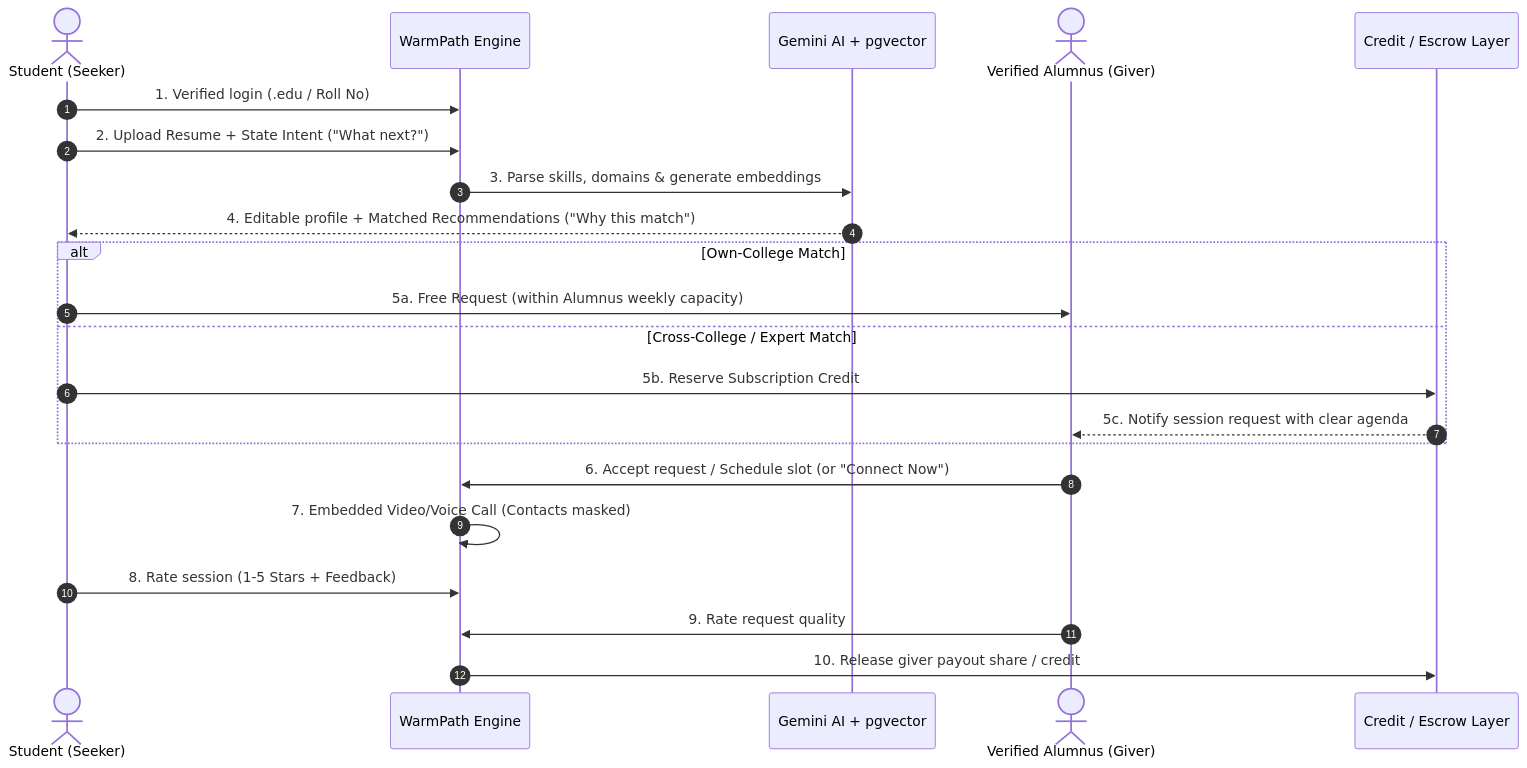
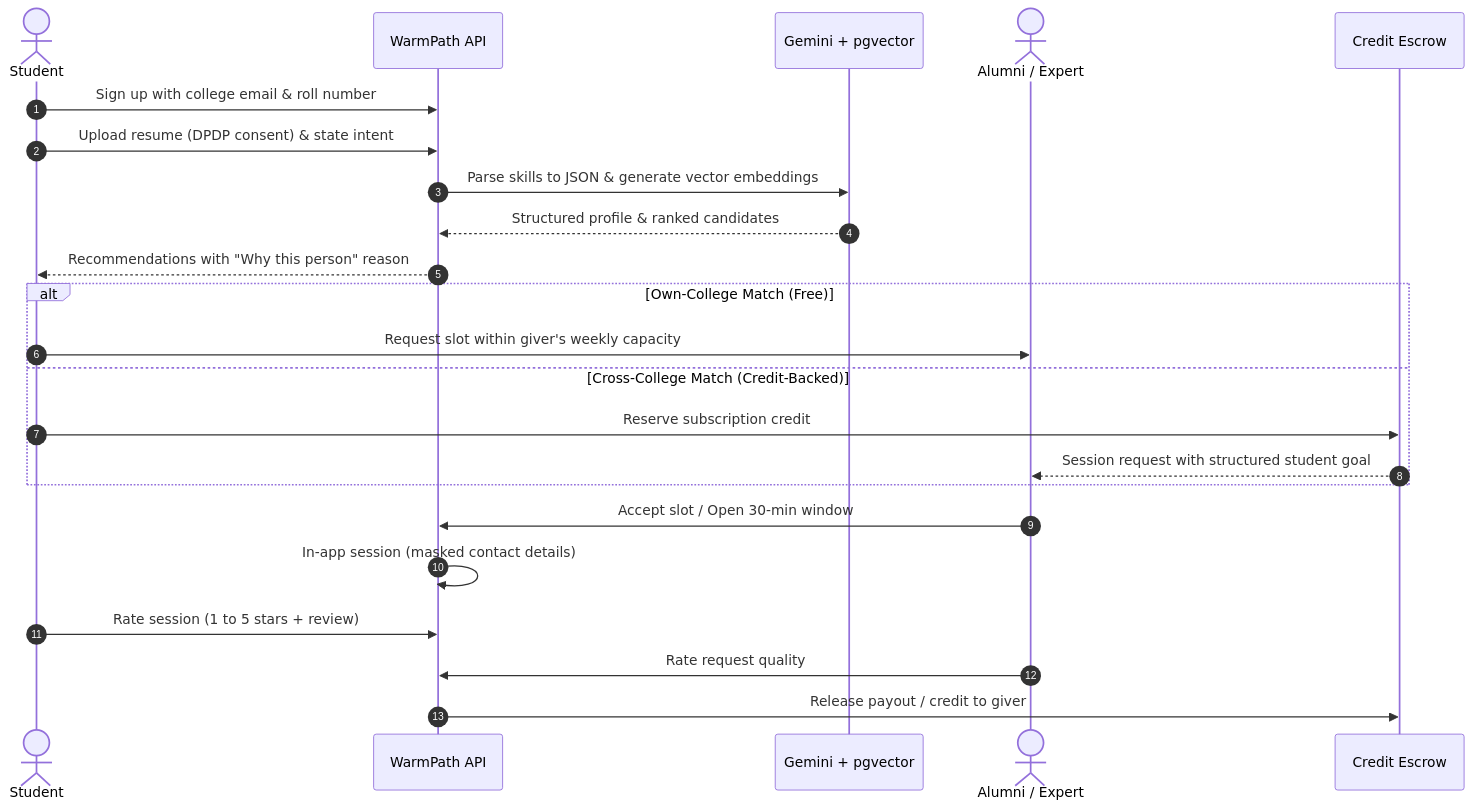
The first of 2 diagrams in README.md (AnmolGarg8/WarmPath), drawn with Mermaid before and after one commit. The commit also changed other lines of this file and 3 other files, not shown here.

Commit message:
docs: overhaul README with authentic student voice, honest feature status, and system architecture docs

````diff
--- a/README.md
+++ b/README.md
@@ -63,28 +87,28 @@
 ```mermaid
 sequenceDiagram
     autonumber
-    actor Student as Student (Seeker)
-    participant App as WarmPath Engine
-    participant LLM as Gemini AI + pgvector
-    actor Alum as Verified Alumnus (Giver)
-    participant Escrow as Credit / Escrow Layer
+    actor Student
+    participant WarmPath as WarmPath API
+    participant AI as Gemini + pgvector
+    actor Giver as Alumni / Expert
+    participant Escrow as Credit Escrow
 
-    Student->>App: 1. Verified login (.edu / Roll No)
-    Student->>App: 2. Upload Resume + State Intent ("What next?")
-    App->>LLM: 3. Parse skills, domains & generate embeddings
-    LLM-->>Student: 4. Editable profile + Matched Recommendations ("Why this match")
-    
-    alt Own-College Match
-        Student->>Alum: 5a. Free Request (within Alumnus weekly capacity)
-    else Cross-College / Expert Match
-        Student->>Escrow: 5b. Reserve Subscription Credit
-        Escrow-->>Alum: 5c. Notify session request with clear agenda
+    Student->>WarmPath: Sign up with college email & roll number
+    Student->>WarmPath: Upload resume (DPDP consent) & state intent
+    WarmPath->>AI: Parse skills to JSON & generate vector embeddings
+    AI-->>WarmPath: Structured profile & ranked candidates
+    WarmPath-->>Student: Recommendations with "Why this person" reason
+
+    alt Own-College Match (Free)
+        Student->>Giver: Request slot within giver's weekly capacity
+    else Cross-College Match (Credit-Backed)
+        Student->>Escrow: Reserve subscription credit
+        Escrow-->>Giver: Session request with structured student goal
     end
 
-    Alum->>App: 6. Accept request / Schedule slot (or "Connect Now")
-    App->>App: 7. Embedded Video/Voice Call (Contacts masked)
-    
-    Student->>App: 8. Rate session (1-5 Stars + Feedback)
-    Alum->>App: 9. Rate request quality
-    App->>Escrow: 10. Release giver payout share / credit
+    Giver->>WarmPath: Accept slot / Open 30-min window
+    WarmPath->>WarmPath: In-app session (masked contact details)
+    Student->>WarmPath: Rate session (1 to 5 stars + review)
+    Giver->>WarmPath: Rate request quality
+    WarmPath->>Escrow: Release payout / credit to giver
 ```
````
